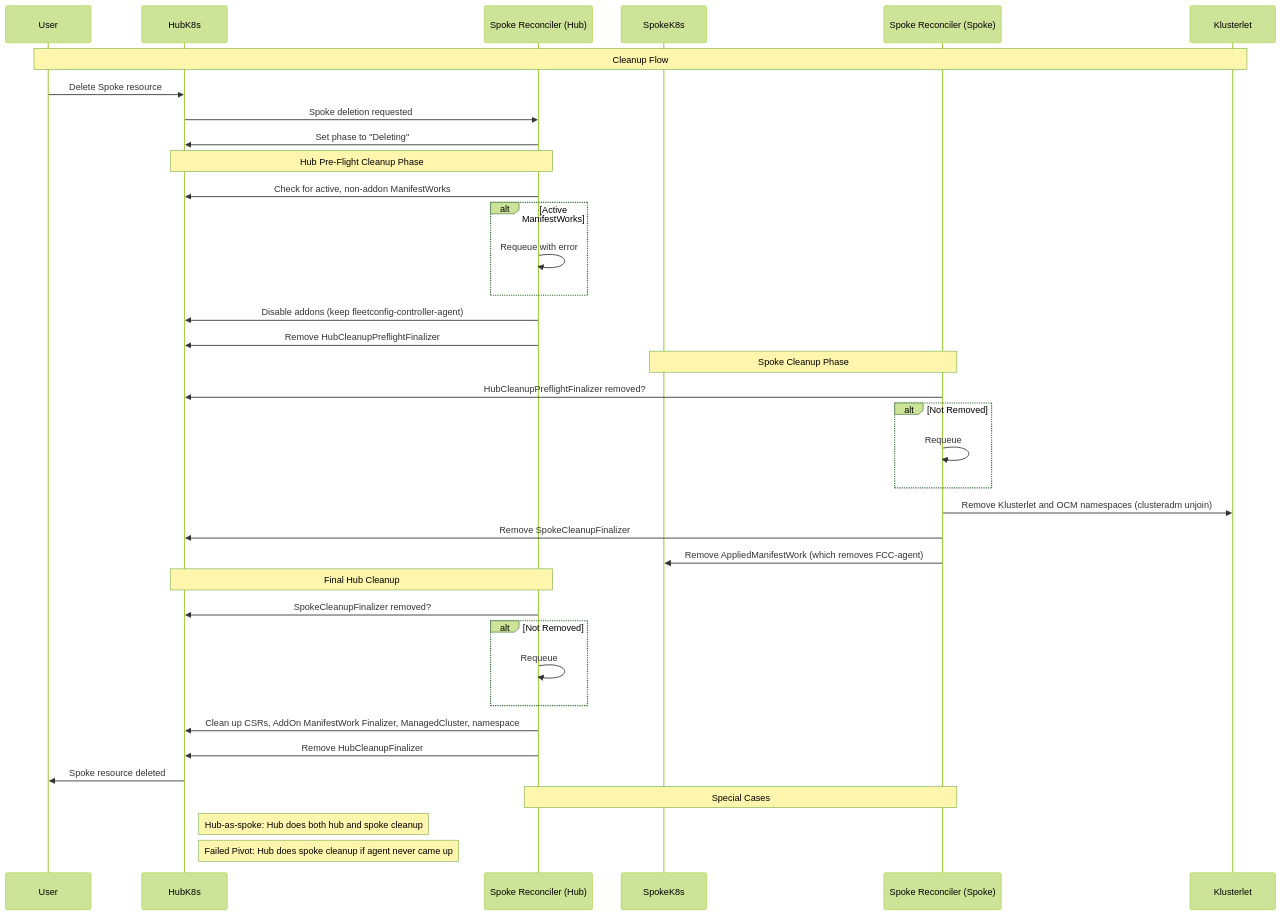
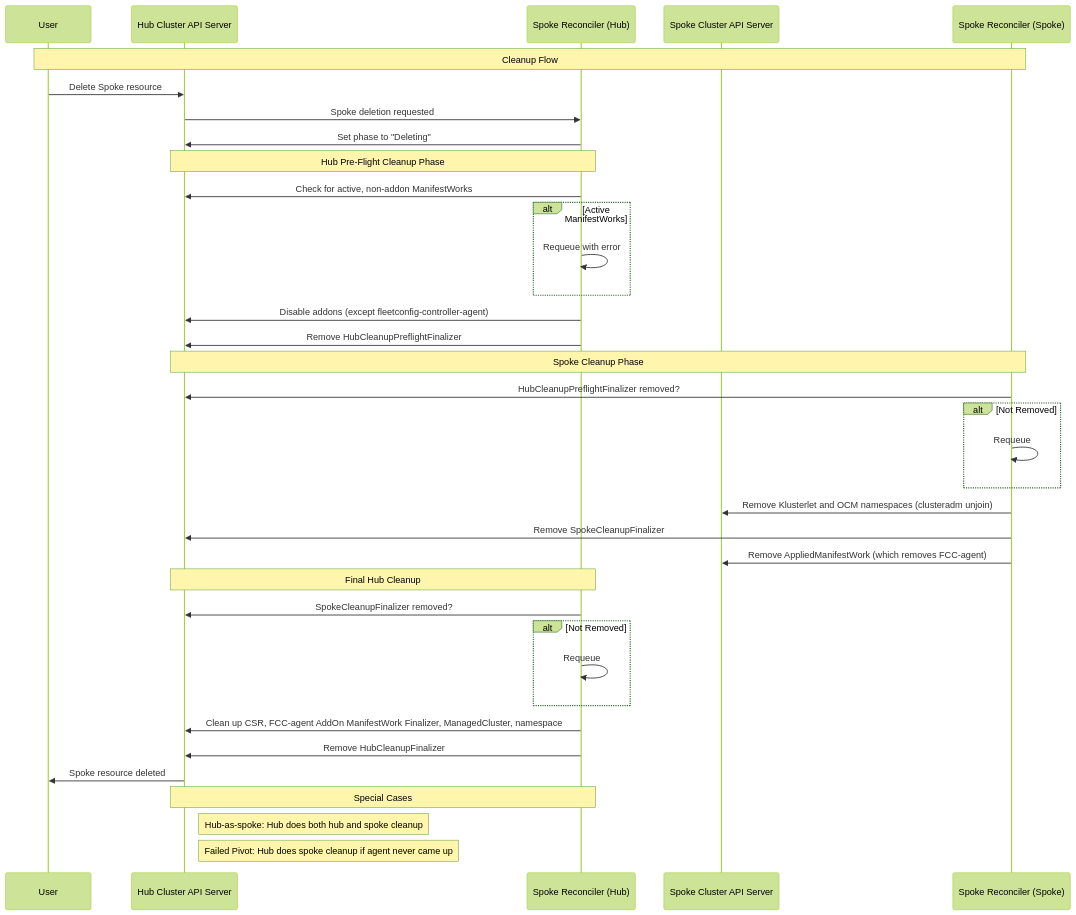
One commit to open-cluster-management-io/lab changed the third of 4 diagrams in fleetconfig-controller/docs/2-phase-spoke-reconcile.md. Above: the diagram before and after it, drawn with Mermaid (forest theme). The commit also changed other lines of this file, not shown here.

````diff
--- a/fleetconfig-controller/docs/2-phase-spoke-reconcile.md
+++ b/fleetconfig-controller/docs/2-phase-spoke-reconcile.md
@@ -146,46 +148,45 @@
 ```mermaid
 sequenceDiagram
     participant User
-    participant HubK8s
+    participant HubK8s as Hub Cluster API Server
     participant HubController as Spoke Reconciler (Hub)
-    participant SpokeK8s
+    participant SpokeK8s as Spoke Cluster API Server
     participant SpokeController as Spoke Reconciler (Spoke)
-    participant Klusterlet
 
-    Note over User, Klusterlet: Cleanup Flow
+    Note over User, SpokeController: Cleanup Flow
 
     User->>HubK8s: Delete Spoke resource
     HubK8s->>HubController: Spoke deletion requested
     HubController->>HubK8s: Set phase to "Deleting"
 
     Note over HubK8s, HubController: Hub Pre-Flight Cleanup Phase
     HubController->>HubK8s: Check for active, non-addon ManifestWorks
     alt Active ManifestWorks
         HubController->>HubController: Requeue with error
     end
-    HubController->>HubK8s: Disable addons (keep fleetconfig-controller-agent)
+    HubController->>HubK8s: Disable addons (except fleetconfig-controller-agent)
     HubController->>HubK8s: Remove HubCleanupPreflightFinalizer
     
-    Note over SpokeK8s, SpokeController: Spoke Cleanup Phase
+    Note over HubK8s, SpokeController: Spoke Cleanup Phase
     SpokeController->>HubK8s: HubCleanupPreflightFinalizer removed?
     alt Not Removed
         SpokeController->>SpokeController: Requeue
     end
-    SpokeController->>Klusterlet: Remove Klusterlet and OCM namespaces (clusteradm unjoin)
+    SpokeController->>SpokeK8s: Remove Klusterlet and OCM namespaces (clusteradm unjoin)
     SpokeController->>HubK8s: Remove SpokeCleanupFinalizer
     SpokeController->>SpokeK8s: Remove AppliedManifestWork (which removes FCC-agent)
 
     Note over HubK8s, HubController: Final Hub Cleanup
     HubController->>HubK8s: SpokeCleanupFinalizer removed?
     alt Not Removed
         HubController->>HubController: Requeue
     end
-    HubController->>HubK8s: Clean up CSRs, AddOn ManifestWork Finalizer, ManagedCluster, namespace
+    HubController->>HubK8s: Clean up CSR, FCC-agent AddOn ManifestWork Finalizer, ManagedCluster, namespace
     HubController->>HubK8s: Remove HubCleanupFinalizer
     
     HubK8s->>User: Spoke resource deleted
 
-    Note over HubController, SpokeController: Special Cases
+    Note over HubK8s, HubController: Special Cases
     Note right of HubK8s: Hub-as-spoke: Hub does both hub and spoke cleanup
     Note right of HubK8s: Failed Pivot: Hub does spoke cleanup if agent never came up
 ```
````
